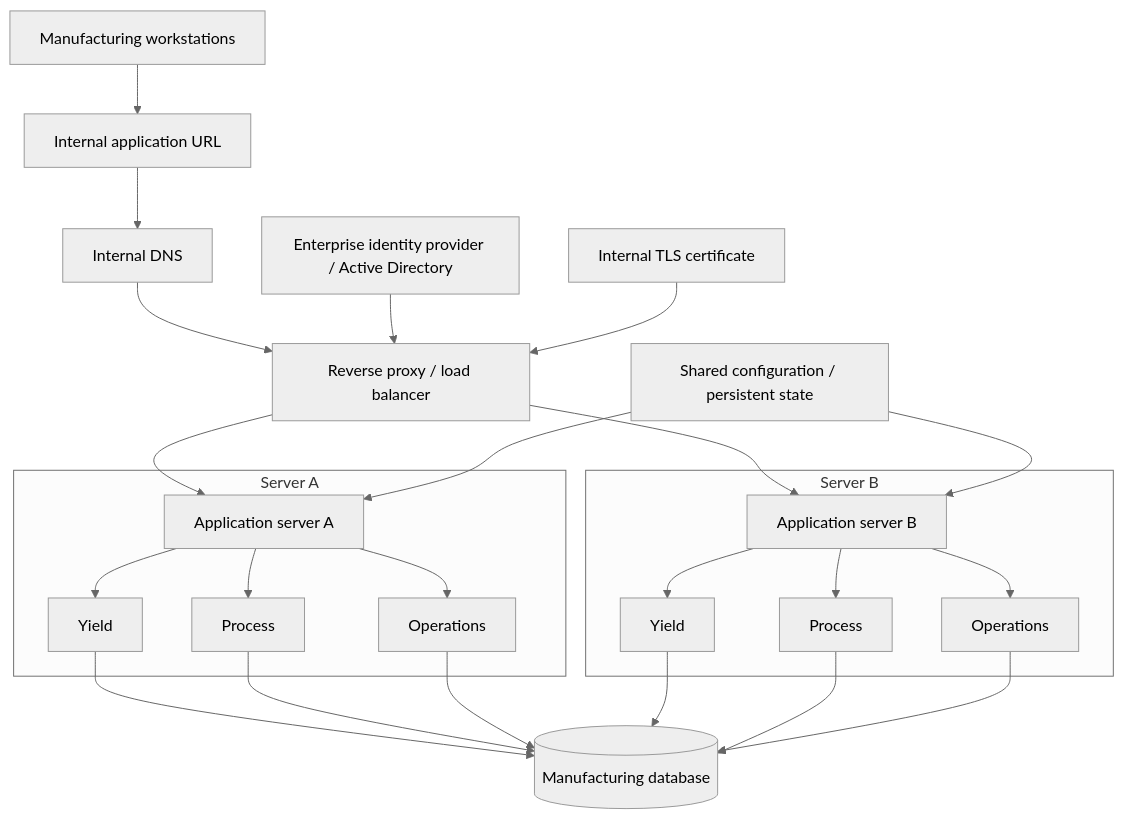
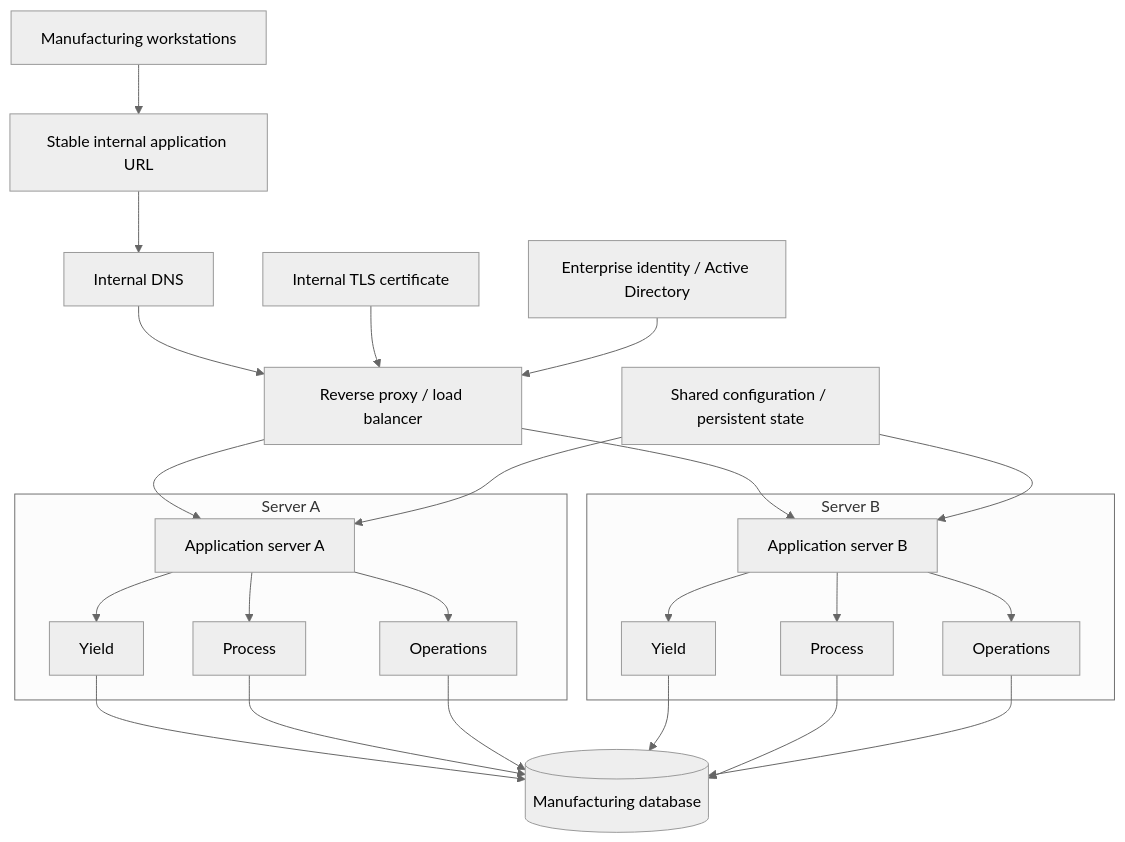
The eighth of 12 diagrams in docs/PLATFORM_ARCHITECTURE_EVOLUTION.md (4sy8zwp9hz-netizen/manufacturing-software-portfolio), drawn with Mermaid (neutral theme) before and after one commit. The commit also changed other lines of this file, not shown here.

````diff
--- a/docs/PLATFORM_ARCHITECTURE_EVOLUTION.md
+++ b/docs/PLATFORM_ARCHITECTURE_EVOLUTION.md
@@ -205,37 +433,37 @@
 ```mermaid
 flowchart TD
     USER[Manufacturing workstations]
-    USER --> URL[Internal application URL]
+    USER --> URL[Stable internal application URL]
 
     URL --> DNS[Internal DNS]
     DNS --> EDGE[Reverse proxy / load balancer]
 
-    ID[Enterprise identity provider / Active Directory] --> EDGE
     TLS[Internal TLS certificate] --> EDGE
+    ID[Enterprise identity / Active Directory] --> EDGE
 
     EDGE --> A[Application server A]
     EDGE --> B[Application server B]
 
     subgraph ServerA[Server A]
         A --> AY[Yield]
         A --> AP[Process]
         A --> AO[Operations]
     end
 
     subgraph ServerB[Server B]
         B --> BY[Yield]
         B --> BP[Process]
         B --> BO[Operations]
     end
 
     AY --> DB[(Manufacturing database)]
     AP --> DB
     AO --> DB
     BY --> DB
     BP --> DB
     BO --> DB
 
     CFG[Shared configuration / persistent state]
     CFG --> A
     CFG --> B
 ```
````
